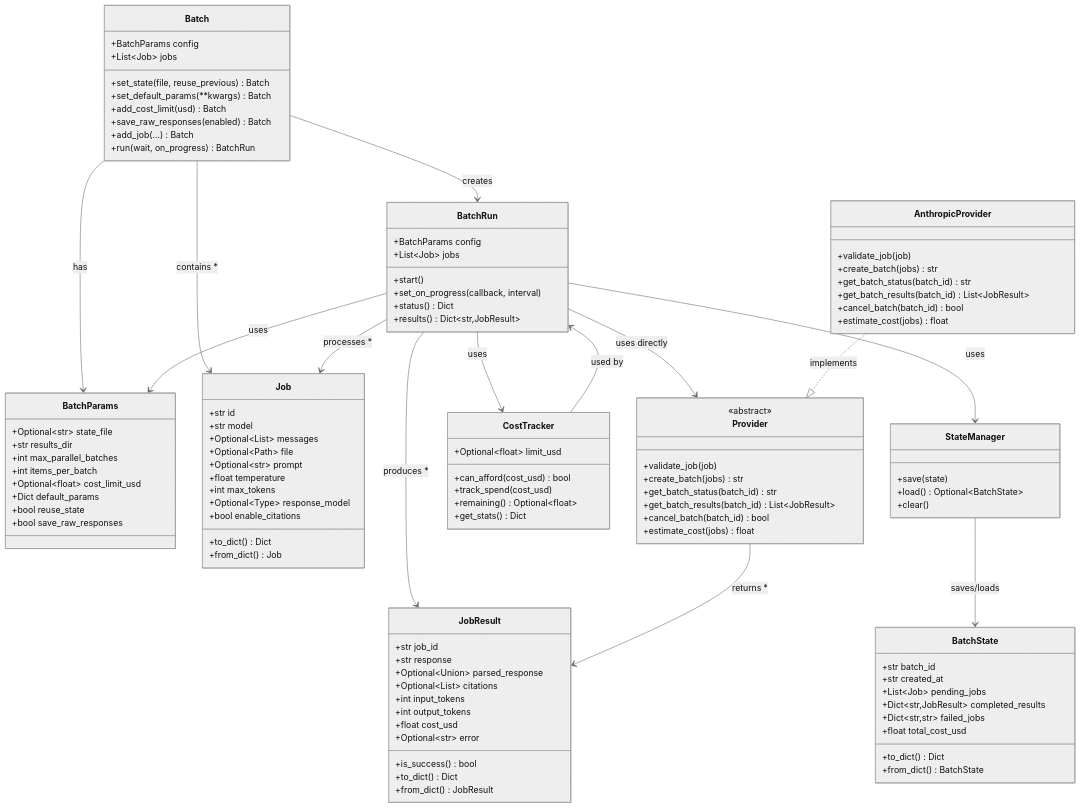
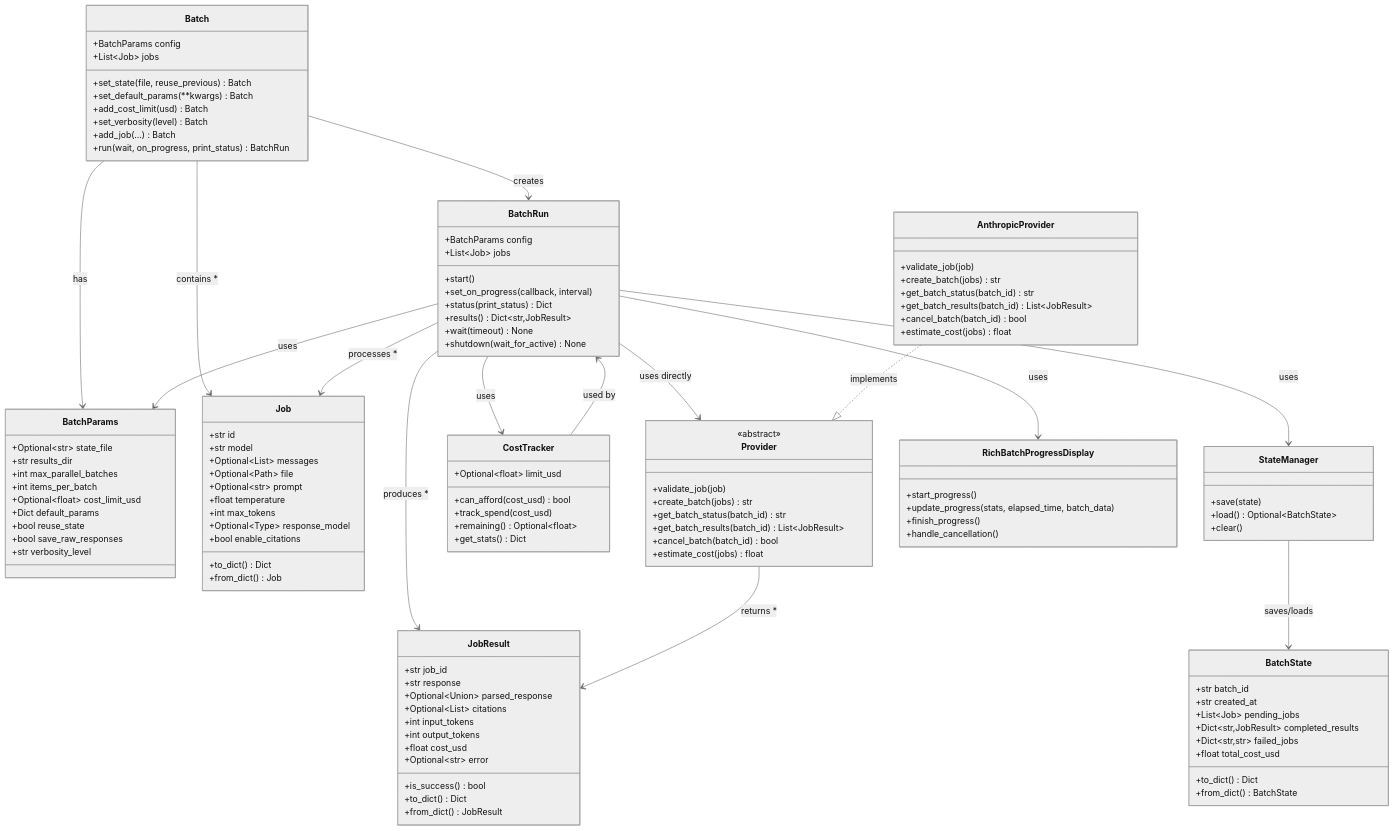
The diagram in development.md (agamm/batchata), drawn with Mermaid (neutral theme) before and after one commit. The commit also changed 1 other file, not shown here.

Commit message:
Update README.md and Development.md

```diff
--- a/development.md
+++ b/development.md
@@ -10,9 +10,9 @@
         +set_state(file, reuse_previous) Batch
         +set_default_params(**kwargs) Batch
         +add_cost_limit(usd) Batch
-        +save_raw_responses(enabled) Batch
+        +set_verbosity(level) Batch
         +add_job(...) Batch
-        +run(wait, on_progress) BatchRun
+        +run(wait, on_progress, print_status) BatchRun
     }
     
     class BatchParams {
@@ -24,6 +24,7 @@
         +Dict default_params
         +bool reuse_state
         +bool save_raw_responses
+        +str verbosity_level
     }
     
     class Job {
@@ -45,8 +46,10 @@
         +List~Job~ jobs
         +start()
         +set_on_progress(callback, interval)
-        +status() Dict
+        +status(print_status) Dict
         +results() Dict~str,JobResult~
+        +wait(timeout) None
+        +shutdown(wait_for_active) None
     }
     
     class JobResult {
@@ -96,6 +99,13 @@
         +clear()
     }
     
+    class RichBatchProgressDisplay {
+        +start_progress()
+        +update_progress(stats, elapsed_time, batch_data)
+        +finish_progress()
+        +handle_cancellation()
+    }
+    
     class BatchState {
         +str batch_id
         +str created_at
@@ -116,6 +126,7 @@
     BatchRun --> Provider : uses directly
     BatchRun --> StateManager : uses
     BatchRun --> CostTracker : uses
+    BatchRun --> RichBatchProgressDisplay : uses
     BatchRun --> JobResult : produces *
     
     AnthropicProvider ..|> Provider : implements
```
